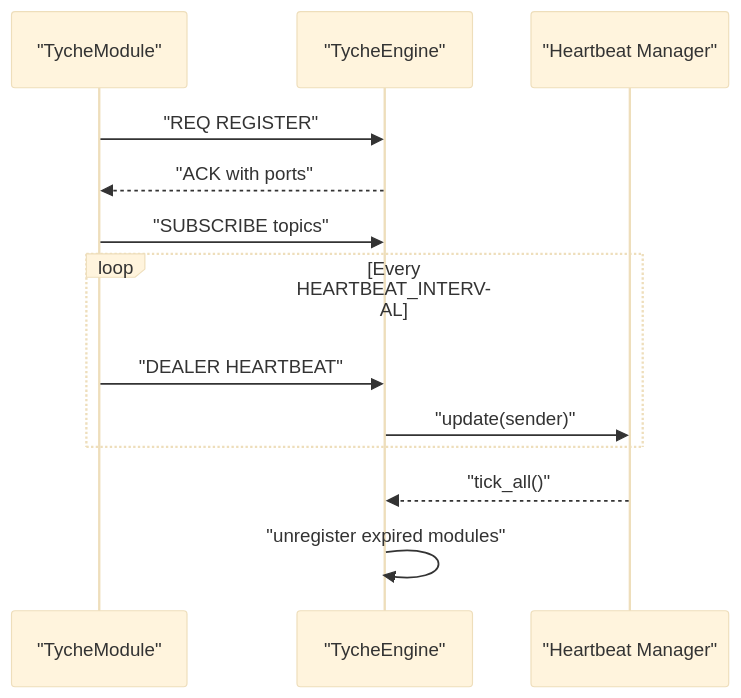
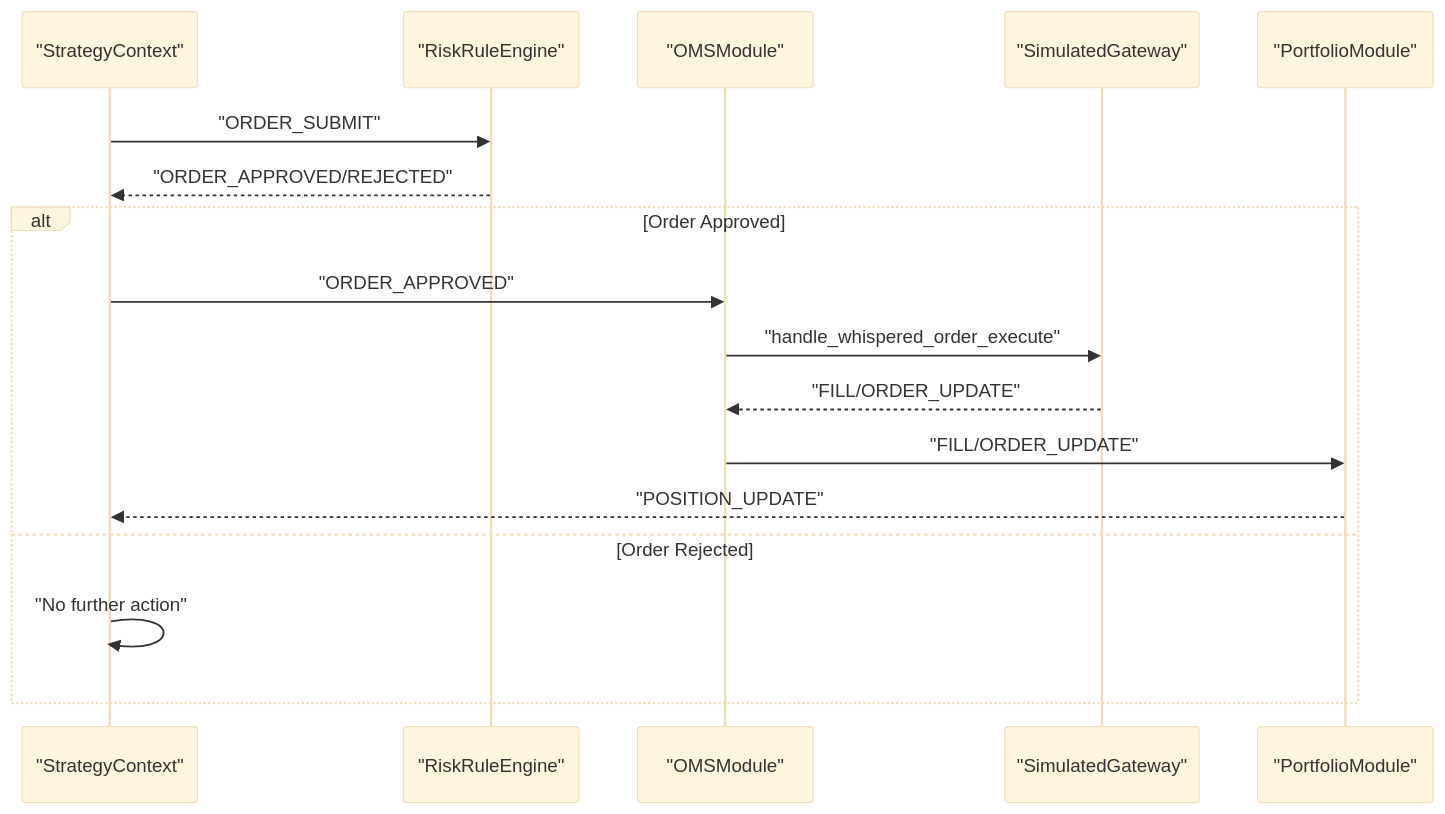
One commit to zt281/TycheEngine changed the fourth of 4 diagrams in .qoder/repowiki/en/content/Testing and Development.md. Above: the diagram before and after it, drawn with Mermaid (base theme). The commit also changed other lines of this file and 11 other files, not shown here.

````diff
--- a/.qoder/repowiki/en/content/Testing and Development.md
+++ b/.qoder/repowiki/en/content/Testing and Development.md
@@ -783,15 +834,19 @@
 ```mermaid
 sequenceDiagram
-participant Mod as "TycheModule"
-participant Eng as "TycheEngine"
-participant HB as "Heartbeat Manager"
-Mod->>Eng : "REQ REGISTER"
-Eng-->>Mod : "ACK with ports"
-Mod->>Eng : "SUBSCRIBE topics"
-loop Every HEARTBEAT_INTERVAL
-Mod->>Eng : "DEALER HEARTBEAT"
-Eng->>HB : "update(sender)"
+participant Strat as "StrategyContext"
+participant Risk as "RiskRuleEngine"
+participant OMS as "OMSModule"
+participant GW as "SimulatedGateway"
+participant Port as "PortfolioModule"
+Strat->>Risk : "ORDER_SUBMIT"
+Risk-->>Strat : "ORDER_APPROVED/REJECTED"
+alt Order Approved
+Strat->>OMS : "ORDER_APPROVED"
+OMS->>GW : "handle_whispered_order_execute"
+GW-->>OMS : "FILL/ORDER_UPDATE"
+OMS->>Port : "FILL/ORDER_UPDATE"
+Port-->>Strat : "POSITION_UPDATE"
+else Order Rejected
+Strat->>Strat : "No further action"
 end
-HB-->>Eng : "tick_all()"
-Eng->>Eng : "unregister expired modules"
 ```
````
